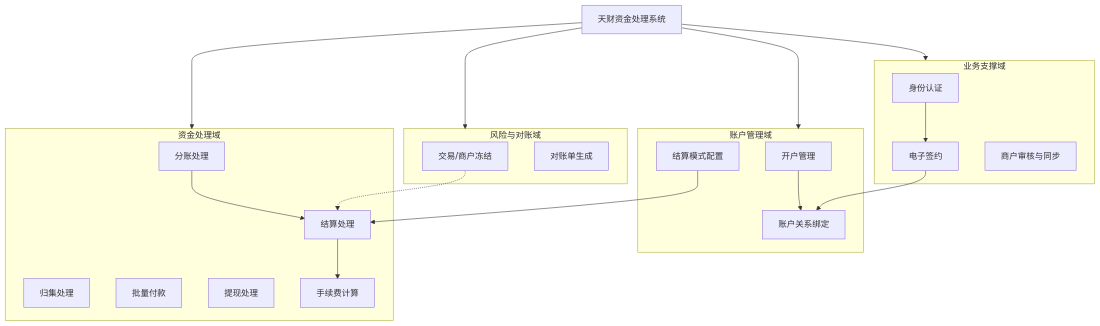
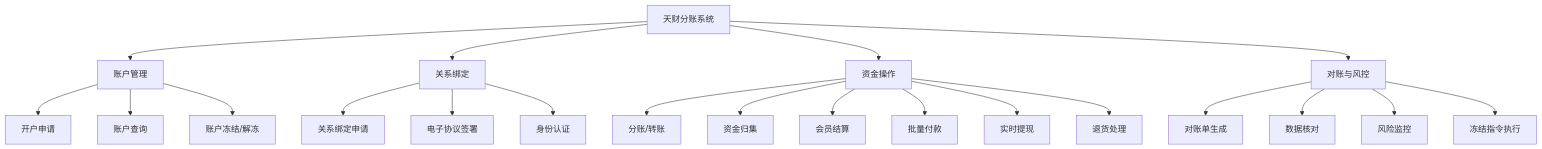
The second of 4 diagrams in data/天财分账需求/gpt-5.2/workspace/01_global/system_design.md (youzi211/AiCoding), drawn with Mermaid before and after one commit. The commit also changed other lines of this file and 41 other files, not shown here.

````diff
--- a/data/天财分账需求/gpt-5.2/workspace/01_global/system_design.md
+++ b/data/天财分账需求/gpt-5.2/workspace/01_global/system_design.md
@@ -69,43 +60,34 @@
 ```mermaid
-flowchart TD
-    Root[天财资金处理系统]
+graph TD
+    A[天财分账系统]
 
-    subgraph F1[账户管理域]
-        F1_1[开户管理]
-        F1_2[账户关系绑定]
-        F1_3[结算模式配置]
-    end
+    B1[账户管理]
+    B2[关系绑定]
+    B3[资金操作]
+    B4[对账与风控]
 
-    subgraph F2[资金处理域]
-        F2_1[分账处理]
-        F2_2[结算处理]
-        F2_3[归集处理]
-        F2_4[批量付款]
-        F2_5[提现处理]
-        F2_6[手续费计算]
-    end
+    A --> B1
+    A --> B2
+    A --> B3
+    A --> B4
 
-    subgraph F3[业务支撑域]
-        F3_1[身份认证]
-        F3_2[电子签约]
-        F3_3[商户审核与同步]
-    end
+    B1 --> C1[开户申请]
+    B1 --> C2[账户查询]
+    B1 --> C3[账户冻结/解冻]
 
-    subgraph F4[风险与对账域]
-        F4_1[交易/商户冻结]
-        F4_2[对账单生成]
-    end
+    B2 --> C4[关系绑定申请]
+    B2 --> C5[电子协议签署]
+    B2 --> C6[身份认证]
 
-    Root --> F1
-    Root --> F2
-    Root --> F3
-    Root --> F4
+    B3 --> C7[分账/转账]
+    B3 --> C8[资金归集]
+    B3 --> C9[会员结算]
+    B3 --> C10[批量付款]
+    B3 --> C11[实时提现]
+    B3 --> C12[退货处理]
 
-    F1_1 --> F1_2
-    F1_3 --> F2_2
-    F2_1 --> F2_2
-    F2_2 --> F2_6
-    F3_1 --> F3_2
-    F3_2 --> F1_2
-    F4_1 -.-> F2_2
+    B4 --> C13[对账单生成]
+    B4 --> C14[数据核对]
+    B4 --> C15[风险监控]
+    B4 --> C16[冻结指令执行]
 ```
````
